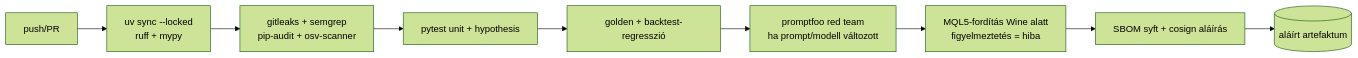
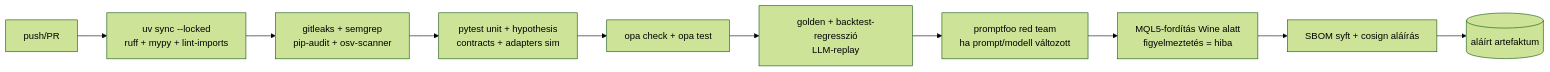
The ninth of 10 diagrams in algotrading-archivum/FEJLESZTOI-SPEC.md (scspg/Personal), drawn with Mermaid (forest theme) before and after one commit. The commit also changed other lines of this file and 20 other files, not shown here.

````diff
--- a/algotrading-archivum/FEJLESZTOI-SPEC.md
+++ b/algotrading-archivum/FEJLESZTOI-SPEC.md
@@ -658,11 +1781,12 @@
 ```mermaid
 flowchart LR
-  P[push/PR] --> L[uv sync --locked<br/>ruff + mypy]
+  P[push/PR] --> L[uv sync --locked<br/>ruff + mypy + lint-imports]
   L --> SEC[gitleaks + semgrep<br/>pip-audit + osv-scanner]
-  SEC --> UT[pytest unit + hypothesis]
-  UT --> GD[golden + backtest-regresszió]
+  SEC --> UT[pytest unit + hypothesis<br/>contracts + adapters sim]
+  UT --> POL[opa check + opa test]
+  POL --> GD[golden + backtest-regresszió<br/>LLM-replay]
   GD --> RT[promptfoo red team<br/>ha prompt/modell változott]
   RT --> MQ[MQL5-fordítás Wine alatt<br/>figyelmeztetés = hiba]
   MQ --> SB[SBOM syft + cosign aláírás]
   SB --> ART[(aláírt artefaktum)]
 ```
````
